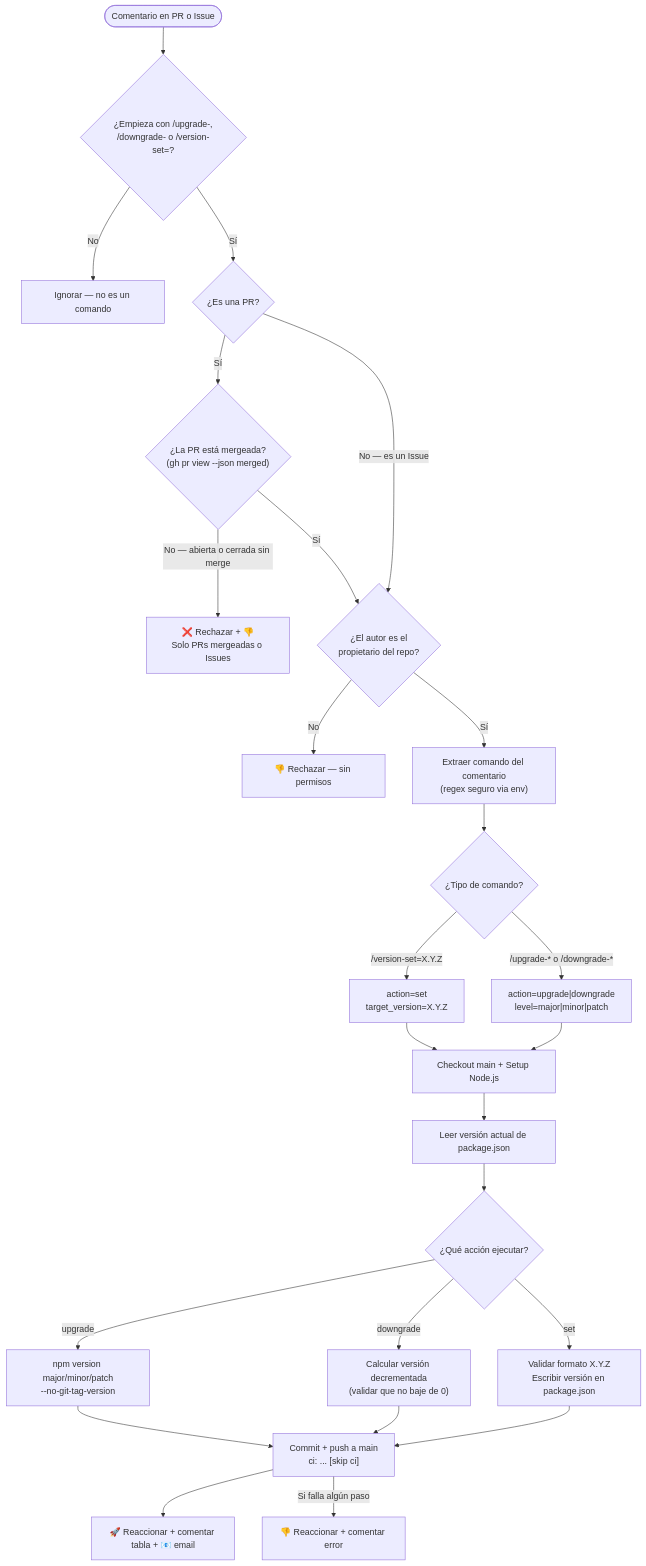
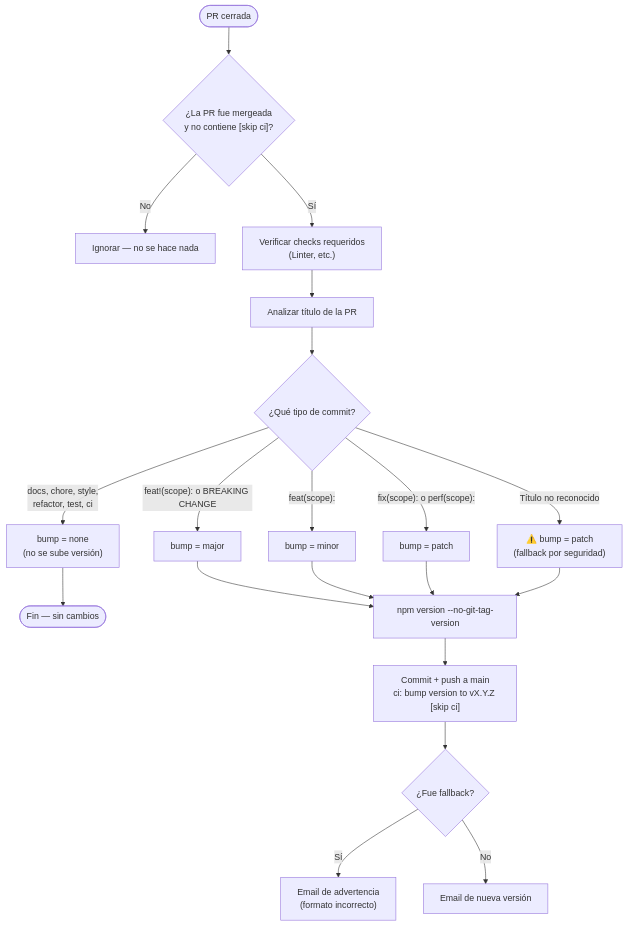
Before and after one commit to didacusdev/Formacion_node_express: the second of 5 diagrams in Version Manager.md, drawn with Mermaid.

Commit message:
Update Version Manager.md

````diff
--- a/Version Manager.md
+++ b/Version Manager.md
@@ -222,42 +233,31 @@
 ```mermaid
 flowchart TD
-    A(["Comentario en PR o Issue"]) --> B{"¿Empieza con /upgrade-,\n/downgrade- o /version-set=?"}
+    A(["PR cerrada"]) --> B{"¿La PR fue mergeada\ny no contiene [skip ci]?"}
 
-    B -- "No" --> C["Ignorar — no es un comando"]
+    B -- "No" --> C["Ignorar — no se hace nada"]
 
-    B -- "Sí" --> P{"¿Es una PR?"}
+    B -- "Sí" --> D["Verificar checks requeridos\n(Linter, etc.)"]
 
-    P -- "Sí" --> Q{"¿La PR está mergeada?\n(gh pr view --json merged)"}
-    Q -- "No — abierta o cerrada sin merge" --> R["❌ Rechazar + 👎\nSolo PRs mergeadas o Issues"]
-    Q -- "Sí" --> D
+    D --> E["Analizar título de la PR"]
 
-    P -- "No — es un Issue" --> D{"¿El autor es el\npropietario del repo?"}
+    E --> F{"¿Qué tipo de commit?"}
 
-    D -- "No" --> E["👎 Rechazar — sin permisos"]
+    F -- "feat!(scope): o BREAKING CHANGE" --> G["bump = major"]
+    F -- "feat(scope):" --> H["bump = minor"]
+    F -- "fix(scope): o perf(scope):" --> I["bump = patch"]
+    F -- "docs, chore, style,\nrefactor, test, ci" --> J["bump = none\n(no se sube versión)"]
+    F -- "Título no reconocido" --> K["⚠️ bump = patch\n(fallback por seguridad)"]
 
-    D -- "Sí" --> F["Extraer comando del comentario\n(regex seguro via env)"]
+    J --> L(["Fin — sin cambios"])
 
-    F --> F1{"¿Tipo de comando?"}
+    G --> M["npm version --no-git-tag-version"]
+    H --> M
+    I --> M
+    K --> M
 
-    F1 -- "/version-set=X.Y.Z" --> F2["action=set\ntarget_version=X.Y.Z"]
-    F1 -- "/upgrade-* o /downgrade-*" --> F3["action=upgrade|downgrade\nlevel=major|minor|patch"]
+    M --> N["Commit + push a main\nci: bump version to vX.Y.Z [skip ci]"]
 
-    F2 --> G["Checkout main + Setup Node.js"]
-    F3 --> G
-
-    G --> H["Leer versión actual de package.json"]
-
-    H --> I{"¿Qué acción ejecutar?"}
-
-    I -- "upgrade" --> J["npm version major/minor/patch\n--no-git-tag-version"]
-    I -- "downgrade" --> K["Calcular versión decrementada\n(validar que no baje de 0)"]
-    I -- "set" --> L["Validar formato X.Y.Z\nEscribir versión en package.json"]
-
-    J --> M["Commit + push a main\nci: ... [skip ci]"]
-    K --> M
-    L --> M
-
-    M --> N["🚀 Reaccionar + comentar tabla + 📧 email"]
-
-    M -- "Si falla algún paso" --> X["👎 Reaccionar + comentar error"]
+    N --> O{"¿Fue fallback?"}
+    O -- "Sí" --> P["Email de advertencia\n(formato incorrecto)"]
+    O -- "No" --> Q["Email de nueva versión"]
 ```
````
